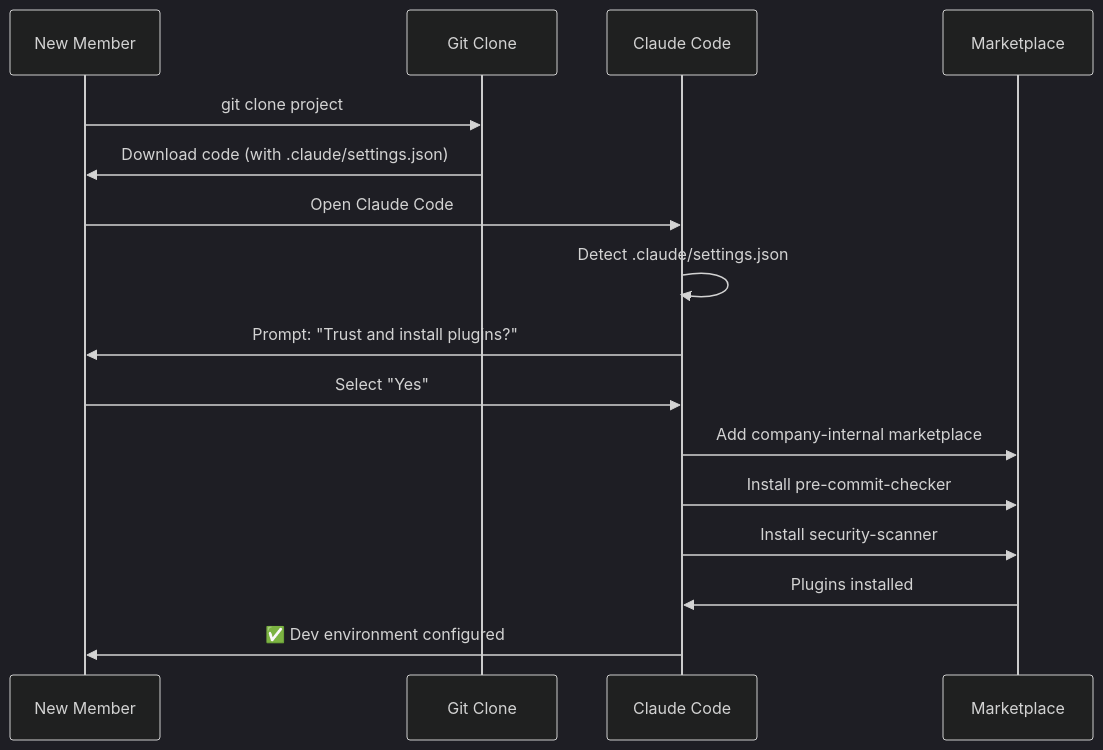
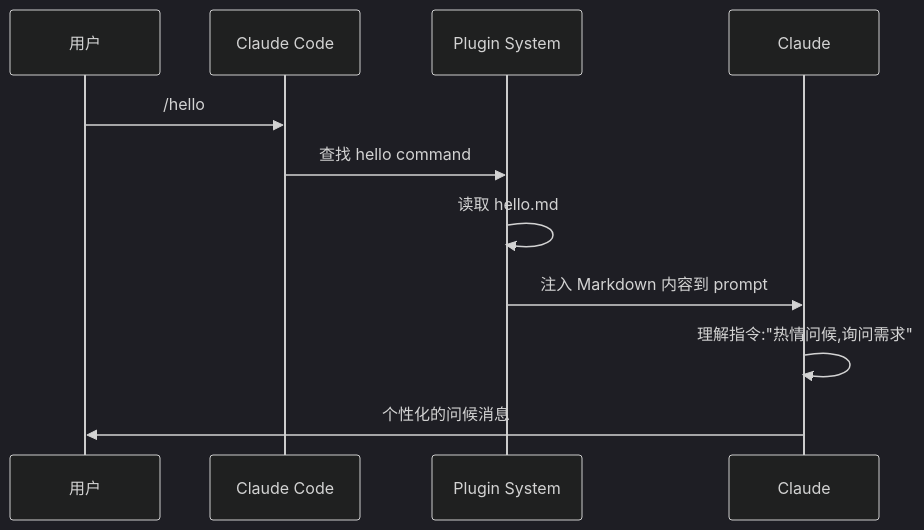
One commit to robinmin/surfing changed the first of 2 diagrams in contents/articles/cn/claude_code_plugins_02.md. Above: the diagram before and after it, drawn with Mermaid (dark theme). The commit also changed other lines of this file and 1 other file, not shown here.

Commit message:
refactor: enhance the content of contents/articles/cn/claude_code_plugins_02.md

````diff
--- a/contents/articles/cn/claude_code_plugins_02.md
+++ b/contents/articles/cn/claude_code_plugins_02.md
@@ -2219,23 +156,14 @@
 ```mermaid
 sequenceDiagram
-    participant D as New Member
-    participant G as Git Clone
-    participant C as Claude Code
-    participant M as Marketplace
+    participant U as 用户
+    participant CC as Claude Code
+    participant P as Plugin System
+    participant C as Claude
 
-    D->>G: git clone project
-    G->>D: Download code (with .claude/settings.json)
-
-    D->>C: Open Claude Code
-    C->>C: Detect .claude/settings.json
-
-    C->>D: Prompt: "Trust and install plugins?"
-    D->>C: Select "Yes"
-
-    C->>M: Add company-internal marketplace
-    C->>M: Install pre-commit-checker
-    C->>M: Install security-scanner
-
-    M->>C: Plugins installed
-    C->>D: ✅ Dev environment configured
+    U->>CC: /hello
+    CC->>P: 查找 hello command
+    P->>P: 读取 hello.md
+    P->>C: 注入 Markdown 内容到 prompt
+    C->>C: 理解指令:"热情问候,询问需求"
+    C->>U: 个性化的问候消息
 ```
````
